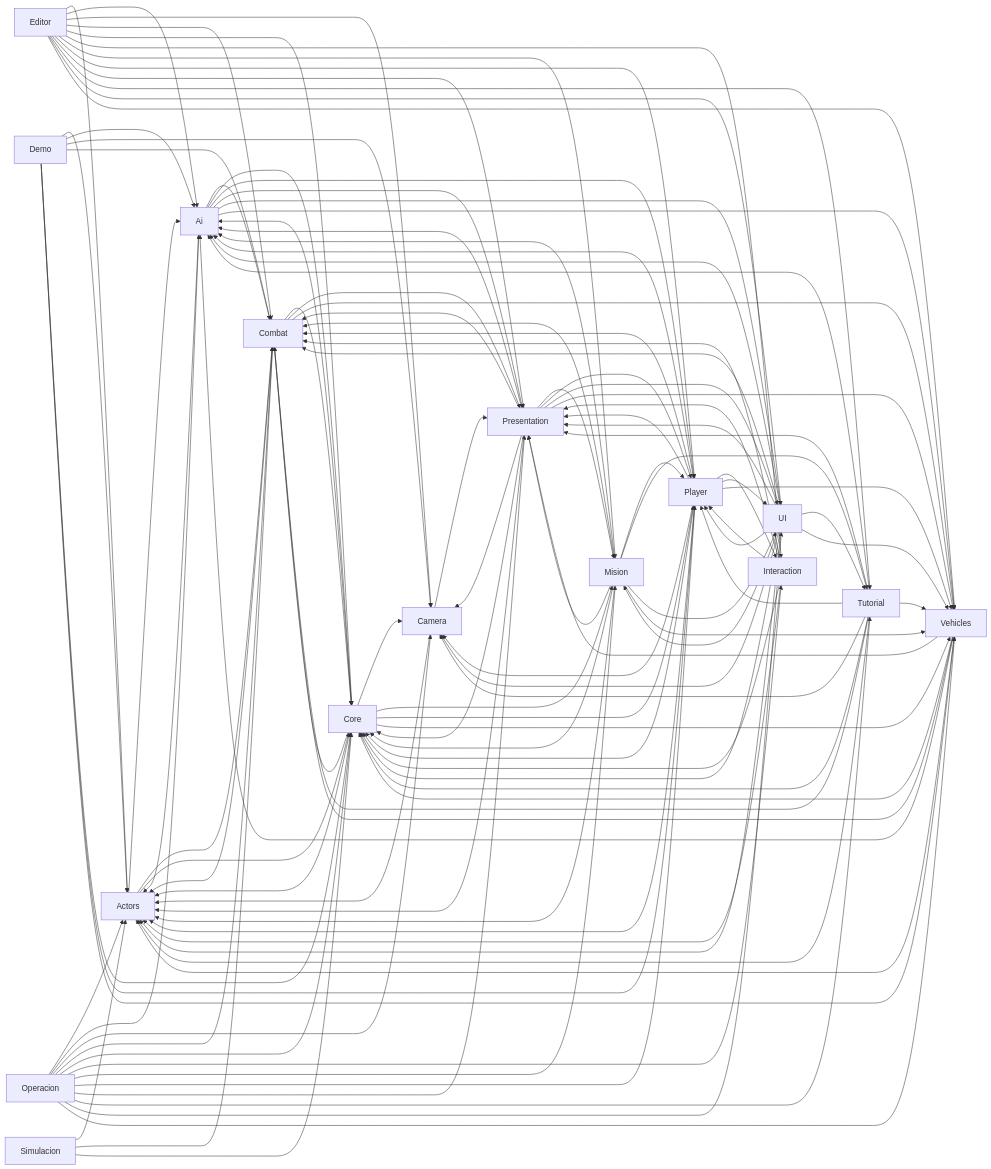
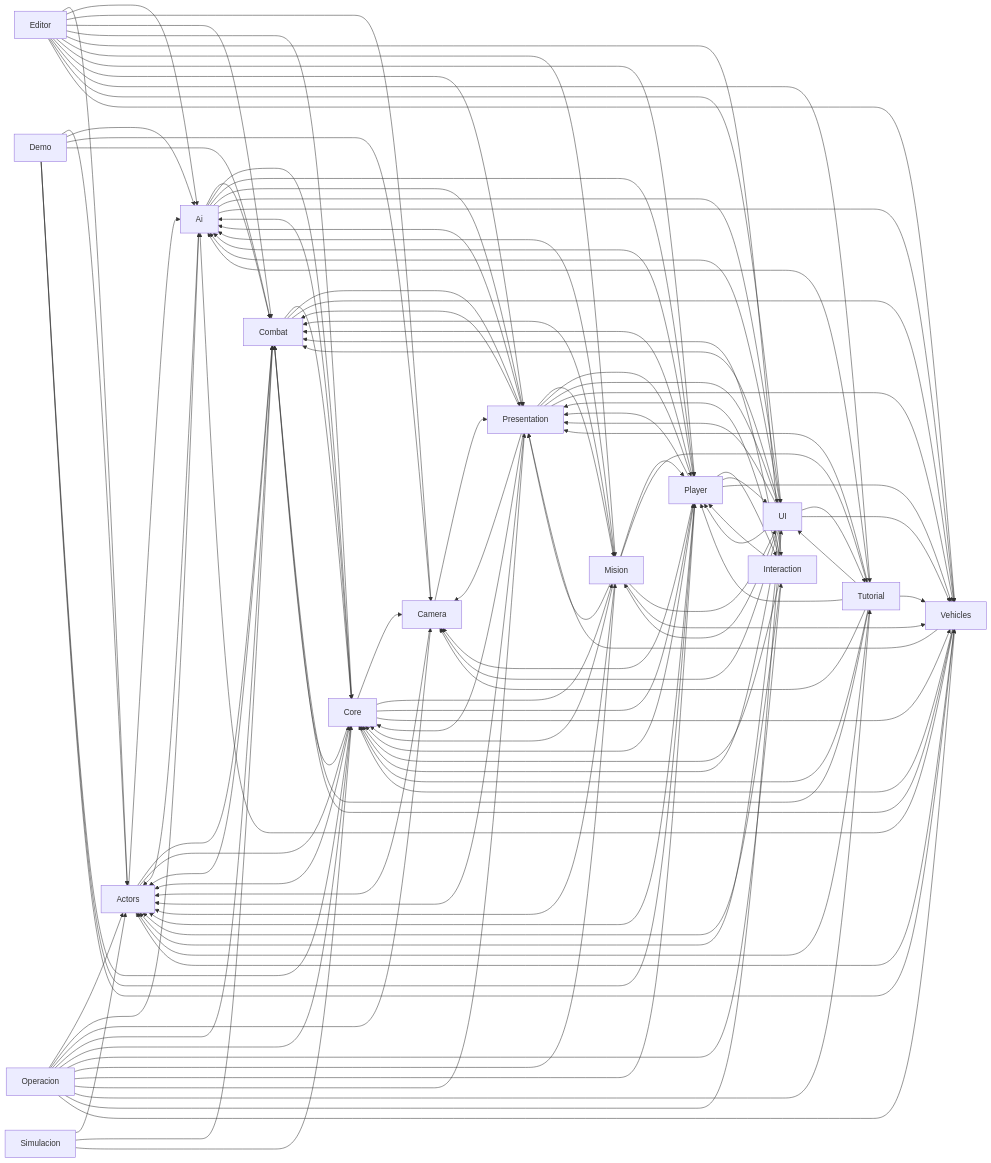
The diagram in Docs/INDICE_IA/03_dependencias.md (Joaquin-Inofuentes/StrategicPoint), drawn with Mermaid before and after one commit. The commit also changed other lines of this file and 218 other files, not shown here.

```diff
--- a/Docs/INDICE_IA/03_dependencias.md
+++ b/Docs/INDICE_IA/03_dependencias.md
@@ -101,6 +101,7 @@
     Tutorial --> Core
     Tutorial --> Player
     Tutorial --> Presentation
+    Tutorial --> UI
     Tutorial --> Vehicles
     UI --> Actors
     UI --> Ai
```
